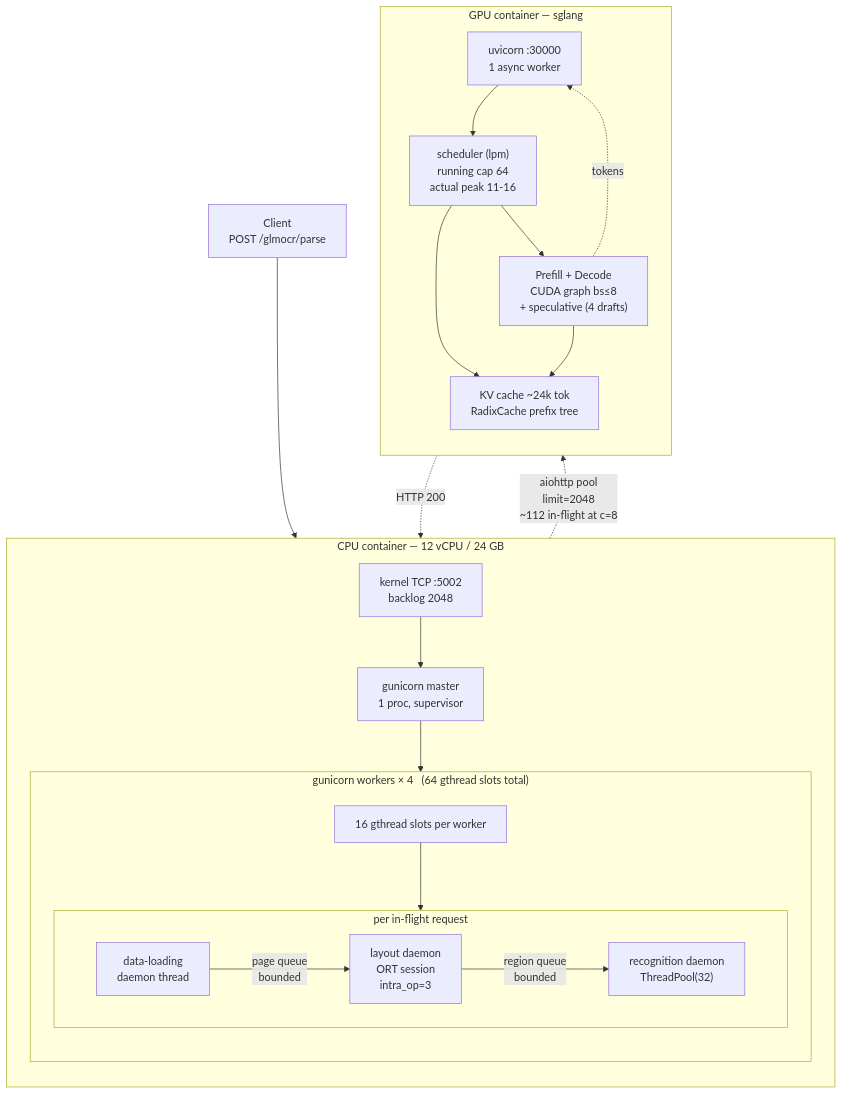
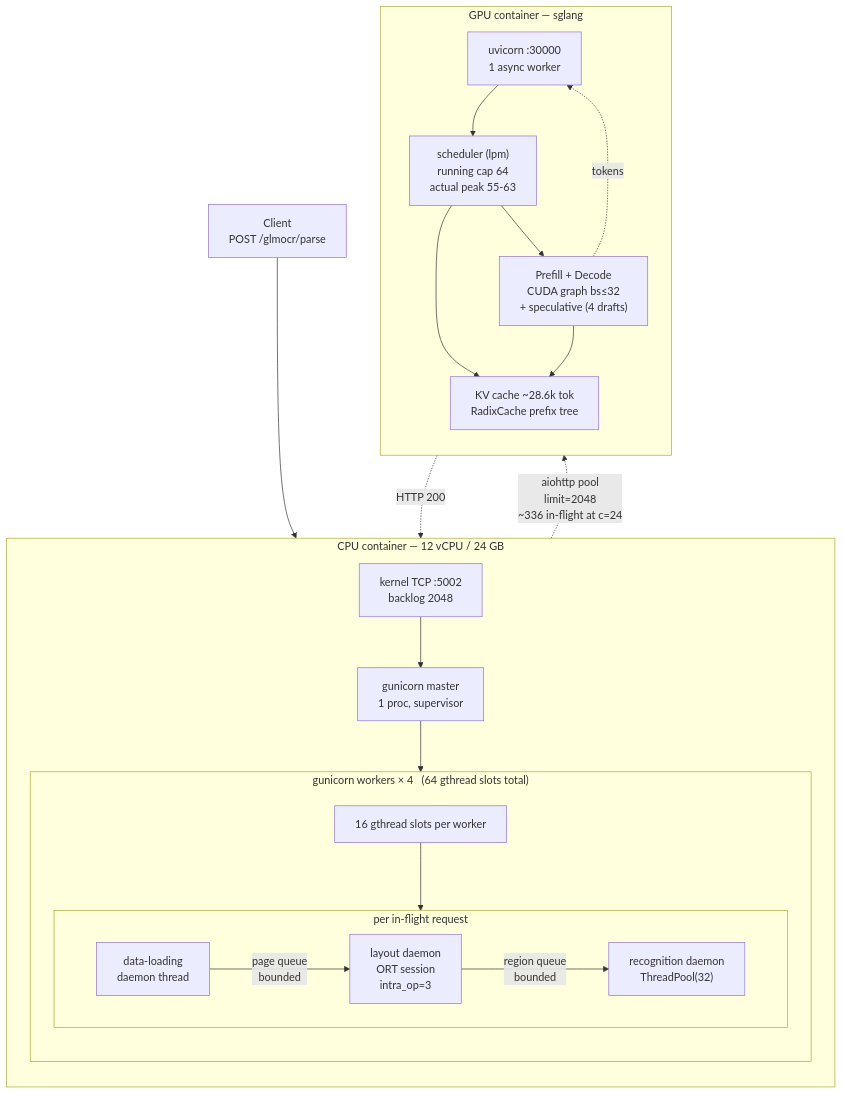
One commit to xDido/glm-ocr changed the first of 13 diagrams in docs/ARCHITECTURE-v2.md. Above: the diagram before and after it, drawn with Mermaid. The commit also changed other lines of this file and 37 other files, not shown here.

````diff
--- a/docs/ARCHITECTURE-v2.md
+++ b/docs/ARCHITECTURE-v2.md
@@ -89,40 +91,40 @@
 ```mermaid
 flowchart TB
     client["Client<br/>POST /glmocr/parse"]
 
     subgraph cpu["CPU container — 12 vCPU / 24 GB"]
       direction TB
       tcp["kernel TCP :5002<br/>backlog 2048"]
       gm["gunicorn master<br/>1 proc, supervisor"]
 
       subgraph workers["gunicorn workers × 4 &nbsp;&nbsp;(64 gthread slots total)"]
         direction TB
         th["16 gthread slots per worker"]
 
         subgraph req["per in-flight request"]
           direction LR
           t1["data-loading<br/>daemon thread"]
           t2["layout daemon<br/>ORT session<br/>intra_op=3"]
           t3["recognition daemon<br/>ThreadPool(32)"]
           t1 -->|"page queue<br/>bounded"| t2
           t2 -->|"region queue<br/>bounded"| t3
         end
         th --> req
       end
     end
 
     subgraph gpu["GPU container — sglang"]
       direction TB
       uvi["uvicorn :30000<br/>1 async worker"]
-      sch["scheduler (lpm)<br/>running cap 64<br/>actual peak 11-16"]
-      kvc["KV cache ~24k tok<br/>RadixCache prefix tree"]
-      compute["Prefill + Decode<br/>CUDA graph bs≤8<br/>+ speculative (4 drafts)"]
+      sch["scheduler (lpm)<br/>running cap 64<br/>actual peak 55-63"]
+      kvc["KV cache ~28.6k tok<br/>RadixCache prefix tree"]
+      compute["Prefill + Decode<br/>CUDA graph bs≤32<br/>+ speculative (4 drafts)"]
     end
 
     client --> tcp --> gm --> workers
-    t3 -.->|"aiohttp pool<br/>limit=2048<br/>~112 in-flight at c=8"| uvi
+    t3 -.->|"aiohttp pool<br/>limit=2048<br/>~336 in-flight at c=24"| uvi
     uvi --> sch --> kvc
     sch --> compute --> kvc
     compute -.->|tokens| uvi
     uvi -.->|HTTP 200| t3
 ```
````
